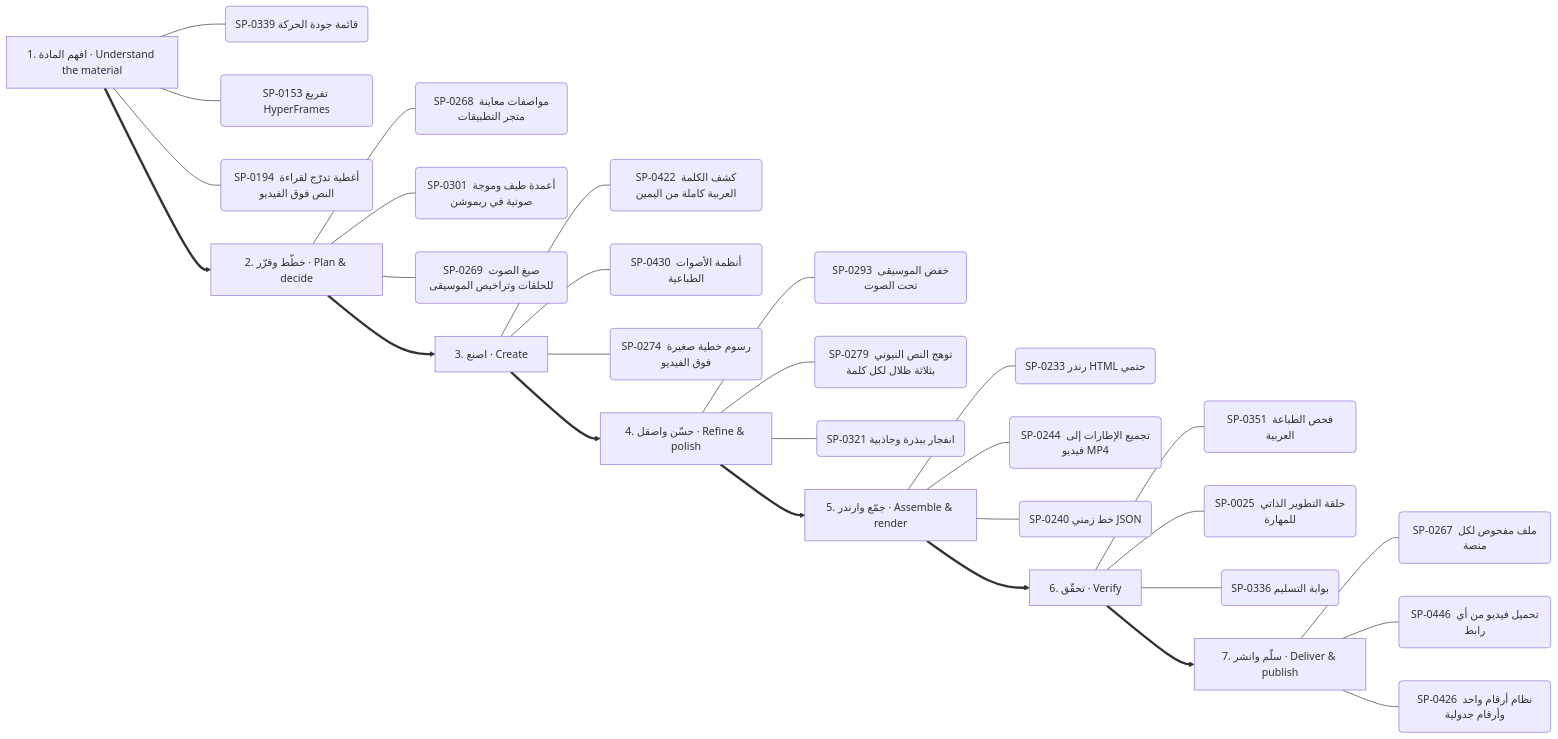
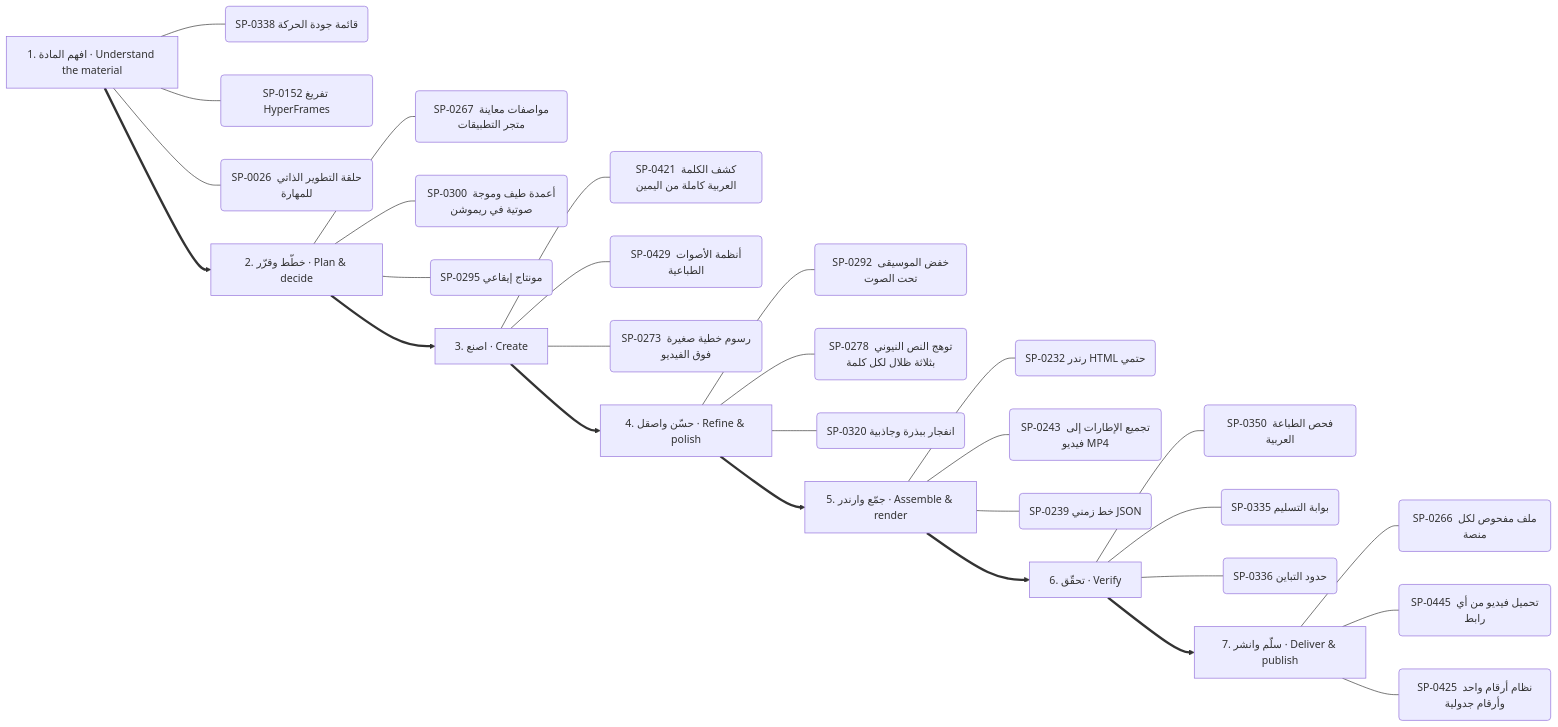
One commit to kosif199022-jpg/kosif-tool changed the second of 13 diagrams in .claude/skills/kosif-superpowers/references/capability-mindmap.md. Above: the diagram before and after it, drawn with Mermaid. The commit also changed other lines of this file and 41 other files, not shown here.

````diff
--- a/.claude/skills/kosif-superpowers/references/capability-mindmap.md
+++ b/.claude/skills/kosif-superpowers/references/capability-mindmap.md
@@ -126,37 +127,37 @@
 ```mermaid
 flowchart LR
   S0["1. افهم المادة · Understand the material"]
-  S0 --- S0_0("SP-0339 قائمة جودة الحركة")
-  S0 --- S0_1("SP-0153 تفريغ HyperFrames")
-  S0 --- S0_2("SP-0194 أغطية تدرّج لقراءة النص فوق الفيديو")
+  S0 --- S0_0("SP-0338 قائمة جودة الحركة")
+  S0 --- S0_1("SP-0152 تفريغ HyperFrames")
+  S0 --- S0_2("SP-0026 حلقة التطوير الذاتي للمهارة")
   S1["2. خطّط وقرّر · Plan & decide"]
-  S1 --- S1_0("SP-0268 مواصفات معاينة متجر التطبيقات")
-  S1 --- S1_1("SP-0301 أعمدة طيف وموجة صوتية في ريموشن")
-  S1 --- S1_2("SP-0269 صيغ الصوت للحلقات وتراخيص الموسيقى")
+  S1 --- S1_0("SP-0267 مواصفات معاينة متجر التطبيقات")
+  S1 --- S1_1("SP-0300 أعمدة طيف وموجة صوتية في ريموشن")
+  S1 --- S1_2("SP-0295 مونتاج إيقاعي")
   S0 ==> S1
   S2["3. اصنع · Create"]
-  S2 --- S2_0("SP-0422 كشف الكلمة العربية كاملة من اليمين")
-  S2 --- S2_1("SP-0430 أنظمة الأصوات الطباعية")
-  S2 --- S2_2("SP-0274 رسوم خطية صغيرة فوق الفيديو")
+  S2 --- S2_0("SP-0421 كشف الكلمة العربية كاملة من اليمين")
+  S2 --- S2_1("SP-0429 أنظمة الأصوات الطباعية")
+  S2 --- S2_2("SP-0273 رسوم خطية صغيرة فوق الفيديو")
   S1 ==> S2
   S3["4. حسّن واصقل · Refine & polish"]
-  S3 --- S3_0("SP-0293 خفض الموسيقى تحت الصوت")
-  S3 --- S3_1("SP-0279 توهج النص النيوني بثلاثة ظلال لكل كلمة")
-  S3 --- S3_2("SP-0321 انفجار ببذرة وجاذبية")
+  S3 --- S3_0("SP-0292 خفض الموسيقى تحت الصوت")
+  S3 --- S3_1("SP-0278 توهج النص النيوني بثلاثة ظلال لكل كلمة")
+  S3 --- S3_2("SP-0320 انفجار ببذرة وجاذبية")
   S2 ==> S3
   S4["5. جمّع وارندر · Assemble & render"]
-  S4 --- S4_0("SP-0233 رندر HTML حتمي")
-  S4 --- S4_1("SP-0244 تجميع الإطارات إلى فيديو MP4")
-  S4 --- S4_2("SP-0240 خط زمني JSON")
+  S4 --- S4_0("SP-0232 رندر HTML حتمي")
+  S4 --- S4_1("SP-0243 تجميع الإطارات إلى فيديو MP4")
+  S4 --- S4_2("SP-0239 خط زمني JSON")
   S3 ==> S4
   S5["6. تحقّق · Verify"]
-  S5 --- S5_0("SP-0351 فحص الطباعة العربية")
-  S5 --- S5_1("SP-0025 حلقة التطوير الذاتي للمهارة")
-  S5 --- S5_2("SP-0336 بوابة التسليم")
+  S5 --- S5_0("SP-0350 فحص الطباعة العربية")
+  S5 --- S5_1("SP-0335 بوابة التسليم")
+  S5 --- S5_2("SP-0336 حدود التباين")
   S4 ==> S5
   S6["7. سلّم وانشر · Deliver & publish"]
-  S6 --- S6_0("SP-0267 ملف مفحوص لكل منصة")
-  S6 --- S6_1("SP-0446 تحميل فيديو من أي رابط")
-  S6 --- S6_2("SP-0426 نظام أرقام واحد وأرقام جدولية")
+  S6 --- S6_0("SP-0266 ملف مفحوص لكل منصة")
+  S6 --- S6_1("SP-0445 تحميل فيديو من أي رابط")
+  S6 --- S6_2("SP-0425 نظام أرقام واحد وأرقام جدولية")
   S5 ==> S6
 ```
````
